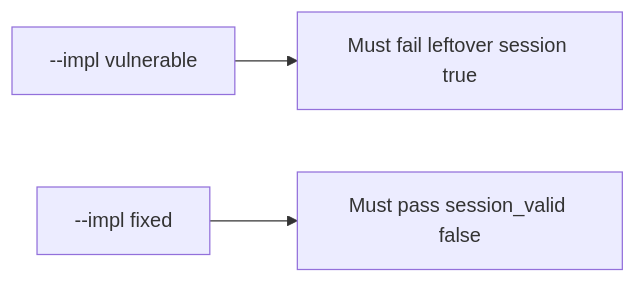
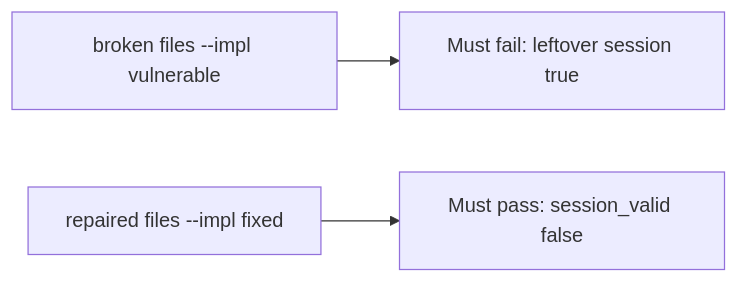
The diagram in content/modules/4/4.1/lessons/05-verify.md (ishitvagoel/LearnSecurity), drawn with Mermaid before and after one commit. The commit also changed other lines of this file and 39 other files, not shown here.

````diff
--- a/content/modules/4/4.1/lessons/05-verify.md
+++ b/content/modules/4/4.1/lessons/05-verify.md
@@ -15,5 +14,5 @@
 ```mermaid
 flowchart LR
-  V["--impl vulnerable"] --> F["Must fail leftover session true"]
-  X["--impl fixed"] --> P["Must pass session_valid false"]
+  V["broken files --impl vulnerable"] --> F[Must fail: leftover session true]
+  X["repaired files --impl fixed"] --> P[Must pass: session_valid false]
 ```
````
